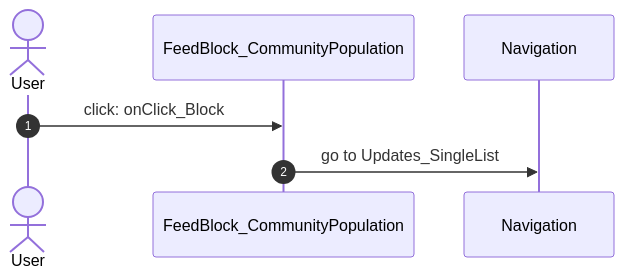
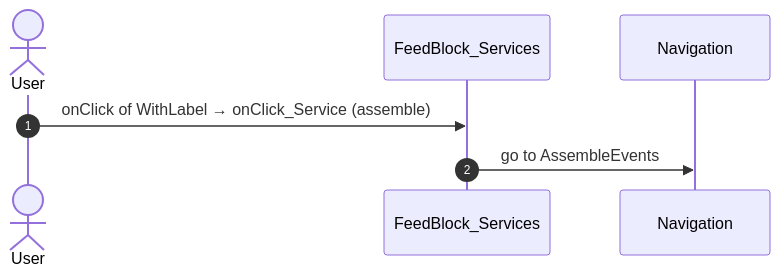
Before and after one commit to Phoenix-DX/connect-new-ui: diagram 13 of 51 in migration/route-actions/HomeFeed.md, drawn with Mermaid. The commit also changed other lines of this file and 9 other files, not shown here.

Commit message:
route actions: facts only; user actions as two independent lists (OutSystems view bindings, React JSX bindings) with Mermaid sequences; factual call columns (direct caller, chains, React references); app shell by definition (survey shell, main.tsx code); constants read for React paths

````diff
--- a/migration/route-actions/HomeFeed.md
+++ b/migration/route-actions/HomeFeed.md
@@ -378,9 +332,9 @@
 ```mermaid
 sequenceDiagram
   autonumber
   actor U as User
-  participant B as FeedBlock_CommunityPopulation
+  participant B as FeedBlock_Services
   participant N as Navigation
-  U->>B: click: onClick_Block
-  B->>N: go to Updates_SingleList
+  U->>B: onClick of WithLabel → onClick_Service (assemble)
+  B->>N: go to AssembleEvents
 ```
````
